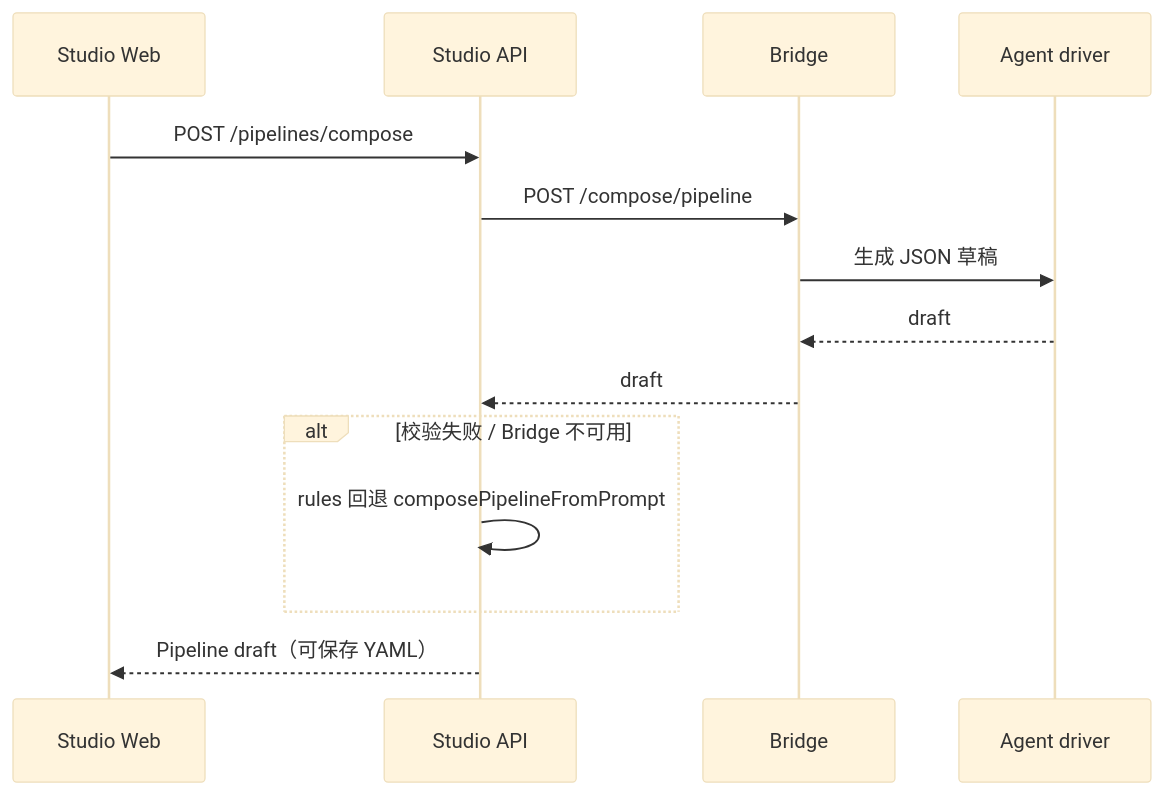
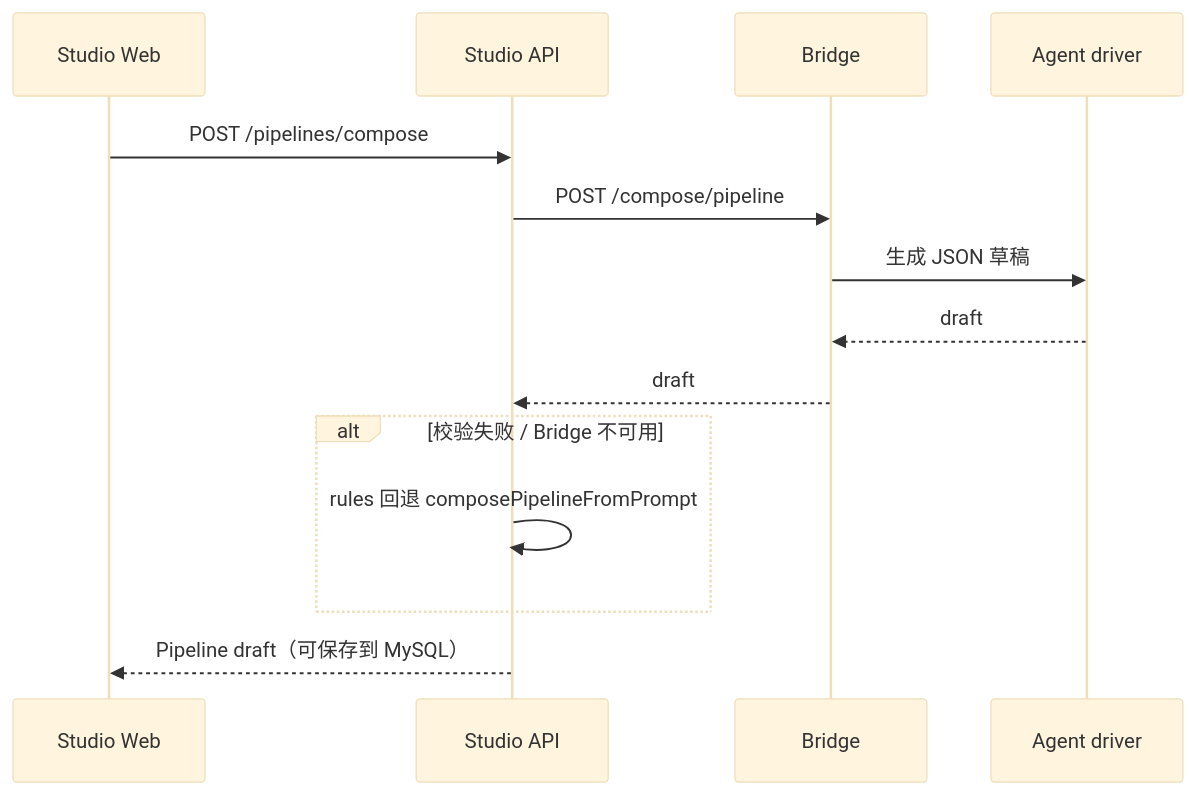
The fourth of 6 diagrams in docs/架构与时序图.md (xxxxxuhb/agent-studio), drawn with Mermaid (base theme) before and after one commit. The commit also changed other lines of this file and 26 other files, not shown here.

````diff
--- a/docs/架构与时序图.md
+++ b/docs/架构与时序图.md
@@ -146,17 +146,17 @@
 ```mermaid
 sequenceDiagram
   participant Web as Studio Web
   participant API as Studio API
   participant Bridge as Bridge
   participant Agent as Agent driver
 
   Web->>API: POST /pipelines/compose
   API->>Bridge: POST /compose/pipeline
   Bridge->>Agent: 生成 JSON 草稿
   Agent-->>Bridge: draft
   Bridge-->>API: draft
   alt 校验失败 / Bridge 不可用
     API->>API: rules 回退 composePipelineFromPrompt
   end
-  API-->>Web: Pipeline draft（可保存 YAML）
+  API-->>Web: Pipeline draft（可保存到 MySQL）
 ```
````
